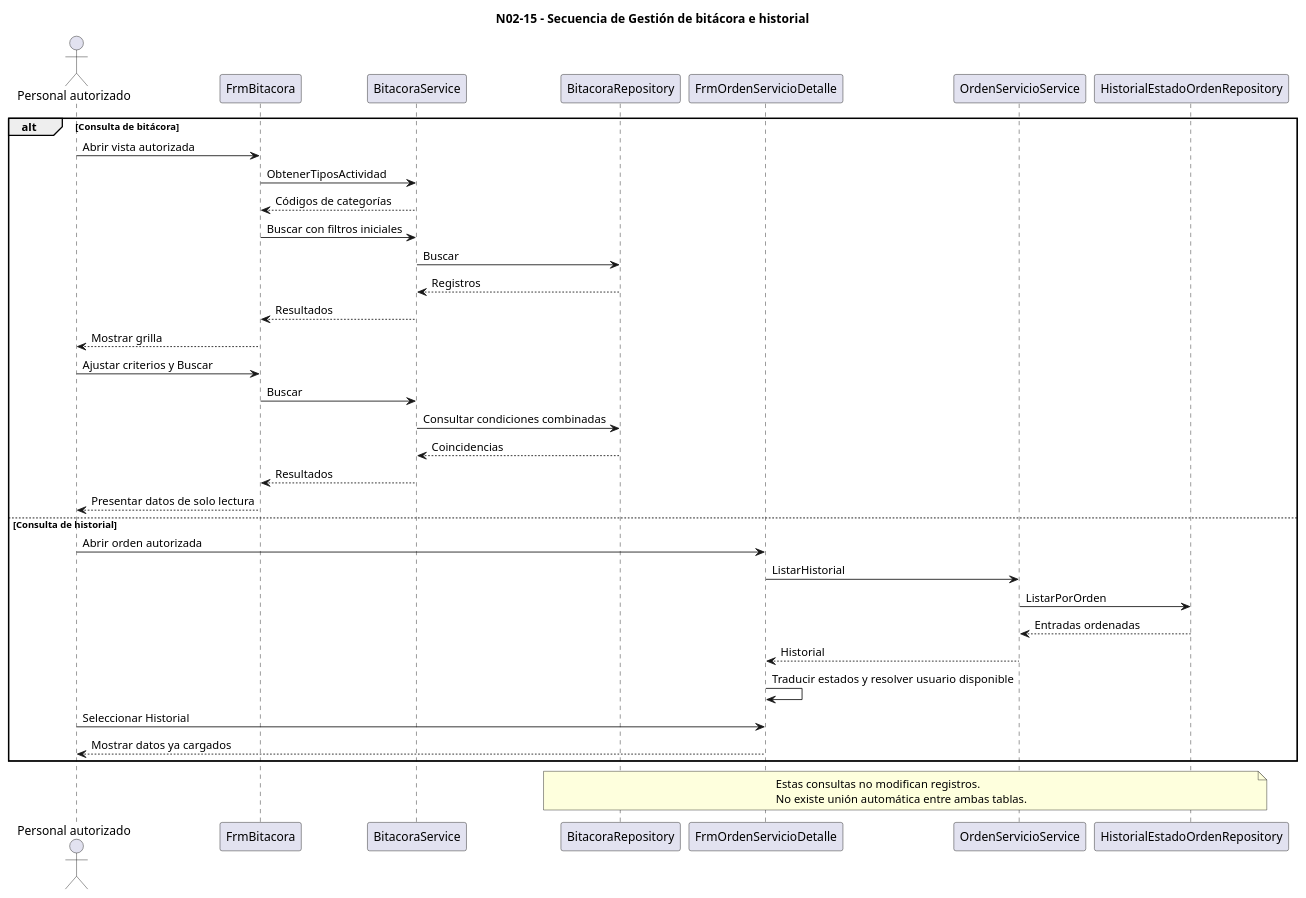
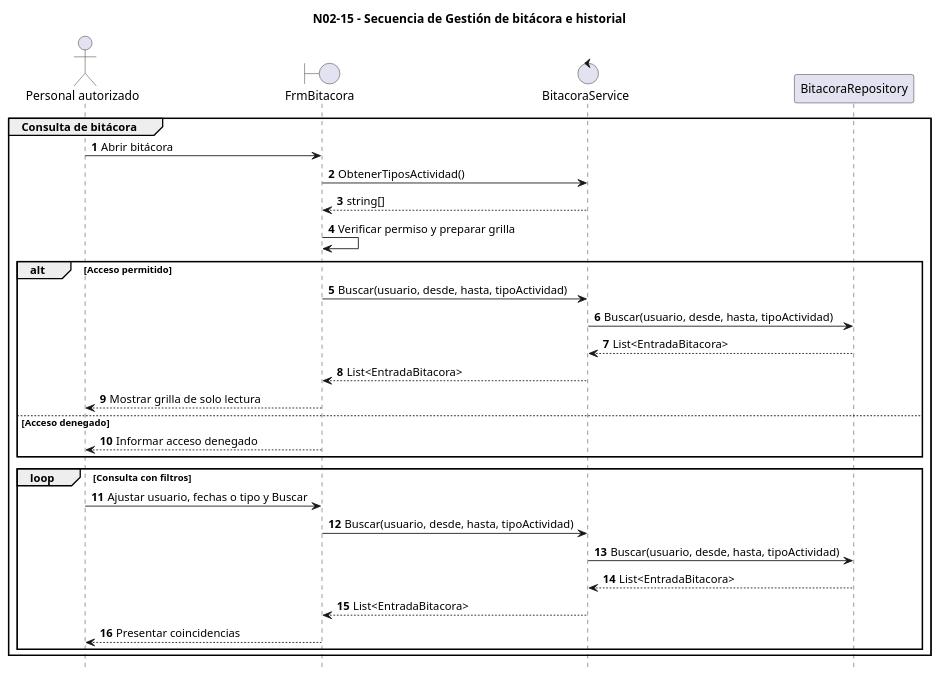
One commit to alejoDiDiego/trabajo-diploma-servicio-tecnico changed the diagram in diagrams/N/N15-gestionar-bitacora-e-historial/N02-secuencia.puml. Above: the diagram before and after it, drawn with PlantUML. The commit also changed 156 other files, not shown here.

Commit message:
feat: completar tercera entrega con backups, ayuda y diagramas

```diff
--- a/diagrams/N/N15-gestionar-bitacora-e-historial/N02-secuencia.puml
+++ b/diagrams/N/N15-gestionar-bitacora-e-historial/N02-secuencia.puml
@@ -1,45 +1,32 @@
 @startuml
 title N02-15 - Secuencia de Gestión de bitácora e historial
-
+autonumber
+hide footbox
 actor "Personal autorizado" as Operador
-participant FrmBitacora as PantallaBitacora
-participant BitacoraService as ServicioBitacora
-participant BitacoraRepository as Bitacora
-participant FrmOrdenServicioDetalle as DetalleOrden
-participant OrdenServicioService as ServicioOrdenes
-participant HistorialEstadoOrdenRepository as Historial
-
-alt Consulta de bitácora
-    Operador -> PantallaBitacora : Abrir vista autorizada
-    PantallaBitacora -> ServicioBitacora : ObtenerTiposActividad
-    ServicioBitacora --> PantallaBitacora : Códigos de categorías
-    PantallaBitacora -> ServicioBitacora : Buscar con filtros iniciales
-    ServicioBitacora -> Bitacora : Buscar
-    Bitacora --> ServicioBitacora : Registros
-    ServicioBitacora --> PantallaBitacora : Resultados
-    PantallaBitacora --> Operador : Mostrar grilla
-
-    Operador -> PantallaBitacora : Ajustar criterios y Buscar
-    PantallaBitacora -> ServicioBitacora : Buscar
-    ServicioBitacora -> Bitacora : Consultar condiciones combinadas
-    Bitacora --> ServicioBitacora : Coincidencias
-    ServicioBitacora --> PantallaBitacora : Resultados
-    PantallaBitacora --> Operador : Presentar datos de solo lectura
-
-else Consulta de historial
-    Operador -> DetalleOrden : Abrir orden autorizada
-    DetalleOrden -> ServicioOrdenes : ListarHistorial
-    ServicioOrdenes -> Historial : ListarPorOrden
-    Historial --> ServicioOrdenes : Entradas ordenadas
-    ServicioOrdenes --> DetalleOrden : Historial
-    DetalleOrden -> DetalleOrden : Traducir estados y resolver usuario disponible
-    Operador -> DetalleOrden : Seleccionar Historial
-    DetalleOrden --> Operador : Mostrar datos ya cargados
+boundary FrmBitacora as PantallaBitacora
+control BitacoraService
+participant BitacoraRepository
+group Consulta de bitácora
+    Operador -> PantallaBitacora : Abrir bitácora
+    PantallaBitacora -> BitacoraService : ObtenerTiposActividad()
+    BitacoraService --> PantallaBitacora : string[]
+    PantallaBitacora -> PantallaBitacora : Verificar permiso y preparar grilla
+    alt Acceso permitido
+        PantallaBitacora -> BitacoraService : Buscar(usuario, desde, hasta, tipoActividad)
+        BitacoraService -> BitacoraRepository : Buscar(usuario, desde, hasta, tipoActividad)
+        BitacoraRepository --> BitacoraService : List<EntradaBitacora>
+        BitacoraService --> PantallaBitacora : List<EntradaBitacora>
+        PantallaBitacora --> Operador : Mostrar grilla de solo lectura
+    else Acceso denegado
+        PantallaBitacora --> Operador : Informar acceso denegado
+    end
+    loop Consulta con filtros
+        Operador -> PantallaBitacora : Ajustar usuario, fechas o tipo y Buscar
+        PantallaBitacora -> BitacoraService : Buscar(usuario, desde, hasta, tipoActividad)
+        BitacoraService -> BitacoraRepository : Buscar(usuario, desde, hasta, tipoActividad)
+        BitacoraRepository --> BitacoraService : List<EntradaBitacora>
+        BitacoraService --> PantallaBitacora : List<EntradaBitacora>
+        PantallaBitacora --> Operador : Presentar coincidencias
+    end
 end
-
-note over Bitacora, Historial
-Estas consultas no modifican registros.
-No existe unión automática entre ambas tablas.
-end note
-
 @enduml
```
